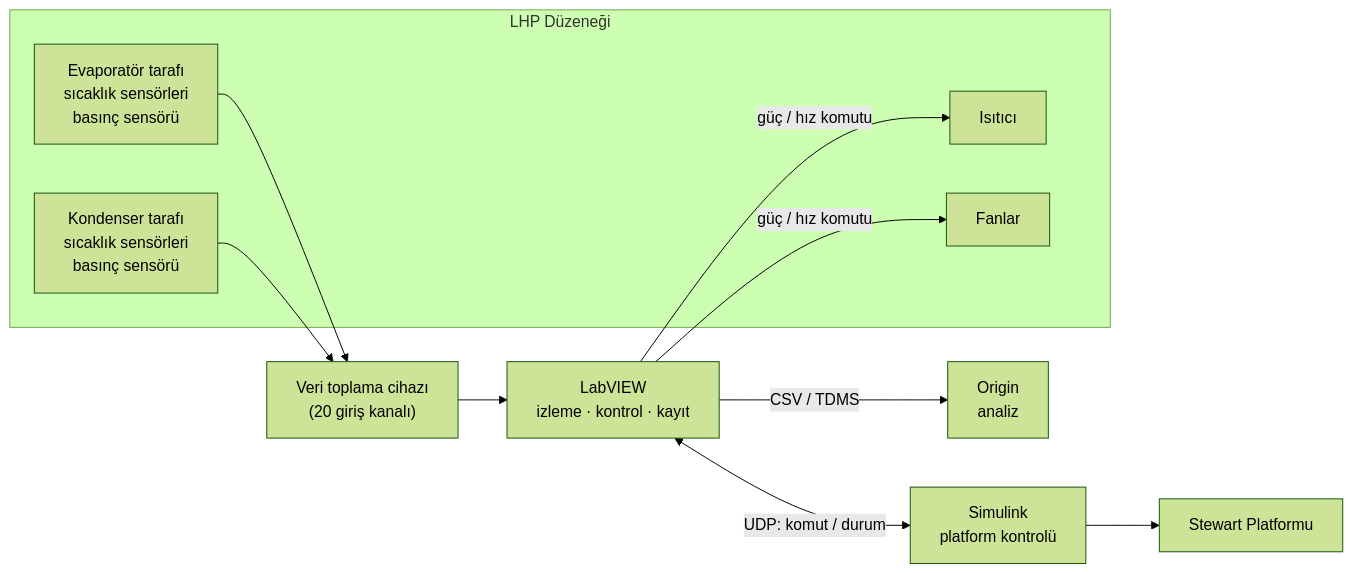
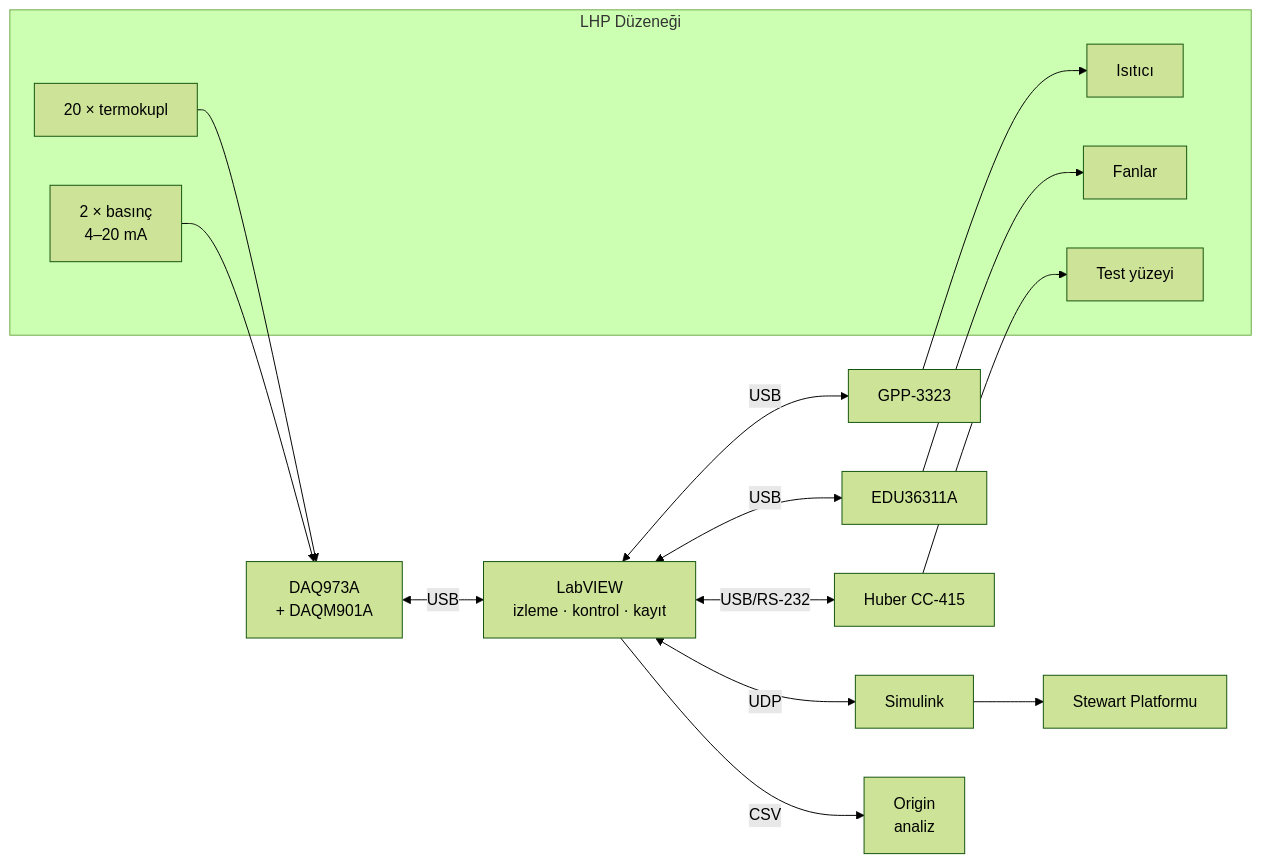
The diagram in README.md (ygunaay-creator/Loop-Heat-Pipe-Control), drawn with Mermaid (forest theme) before and after one commit. The commit also changed other lines of this file and 8 other files, not shown here.

````diff
--- a/README.md
+++ b/README.md
@@ -26,23 +39,27 @@
 ```mermaid
 flowchart LR
     subgraph LHP["LHP Düzeneği"]
-        EV["Evaporatör tarafı<br/>sıcaklık sensörleri<br/>basınç sensörü"]
-        CO["Kondenser tarafı<br/>sıcaklık sensörleri<br/>basınç sensörü"]
+        TC["20 × termokupl"]
+        PT["2 × basınç<br/>4–20 mA"]
         H["Isıtıcı"]
         F["Fanlar"]
+        S["Test yüzeyi"]
     end
-    DAQ["Veri toplama cihazı<br/>(20 giriş kanalı)"]
+    DAQ["DAQ973A<br/>+ DAQM901A"]
+    GPP["GPP-3323"]
+    EDU["EDU36311A"]
+    CH["Huber CC-415"]
     LV["LabVIEW<br/>izleme · kontrol · kayıt"]
-    SL["Simulink<br/>platform kontrolü"]
+    SL["Simulink"]
     SP["Stewart Platformu"]
     OR["Origin<br/>analiz"]
 
-    EV --> DAQ
-    CO --> DAQ
-    DAQ --> LV
-    LV -->|güç / hız komutu| H
-    LV -->|güç / hız komutu| F
-    LV <-->|UDP: komut / durum| SL
-    SL --> SP
-    LV -->|CSV / TDMS| OR
+    TC --> DAQ
+    PT --> DAQ
+    DAQ <-->|USB| LV
+    LV <-->|USB| GPP --> H
+    LV <-->|USB| EDU --> F
+    LV <-->|USB/RS-232| CH --> S
+    LV <-->|UDP| SL --> SP
+    LV -->|CSV| OR
 ```
````
